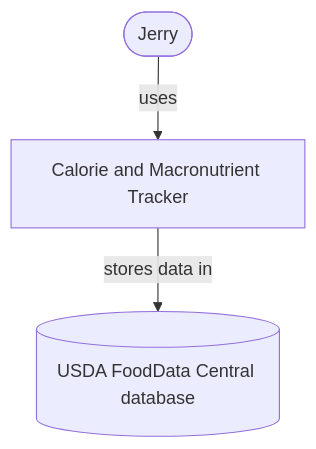
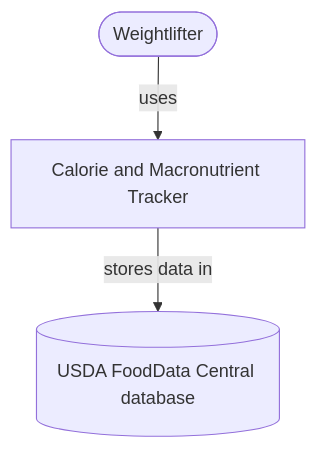
One commit to EShim003/cen5064-project-Shim changed the first of 4 diagrams in README.md. Above: the diagram before and after it, drawn with Mermaid.

Commit message:
Update README.md
updated the context user

````diff
--- a/README.md
+++ b/README.md
@@ -42,6 +42,6 @@
 ```mermaid
 %% Replace this placeholder with YOUR system's context diagram.
 flowchart TB
-    user([Jerry]) -->|uses| system[Calorie and Macronutrient Tracker]
+    user([Weightlifter]) -->|uses| system[Calorie and Macronutrient Tracker]
     system -->|stores data in| db[(USDA FoodData Central database)]
 ```
````
